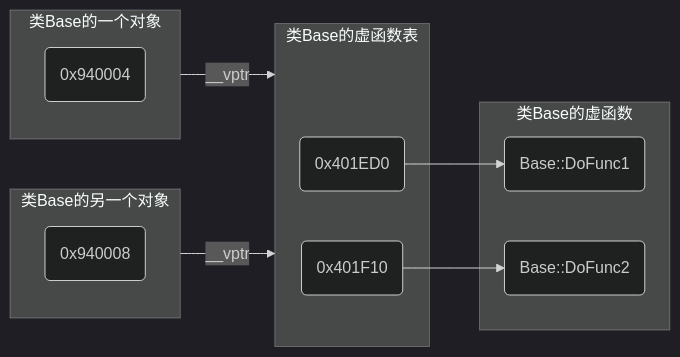
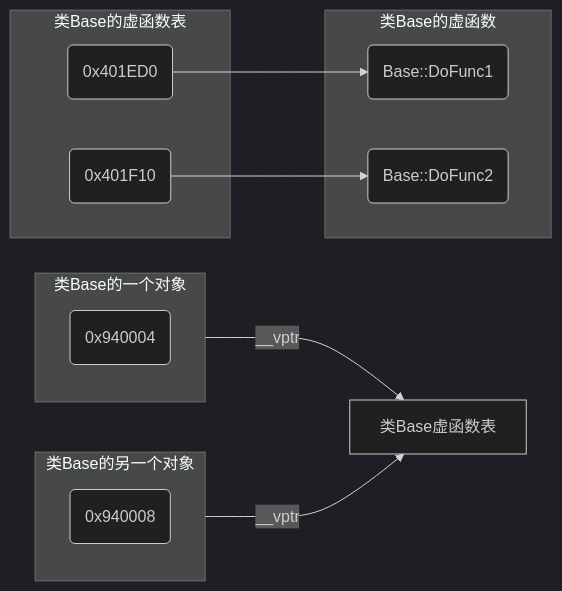
The second of 2 diagrams in _posts/Language/C&C++/C++/OOP/多态/2024-09-10-虚函数.md (dmjcb/dmjcb.github.io), drawn with Mermaid (dark theme) before and after one commit. The commit also changed other lines of this file and 74 other files, not shown here.

````diff
--- a/_posts/Language/C&C++/C++/OOP/多态/2024-09-10-虚函数.md
+++ b/_posts/Language/C&C++/C++/OOP/多态/2024-09-10-虚函数.md
@@ -103,26 +103,26 @@
 ```mermaid
 graph LR
     subgraph 类Base的一个对象
         E(0x940004)   
     end
 
     subgraph 类Base的另一个对象
         F(0x940008)   
     end
 
     subgraph 类Base的虚函数
         A(Base::DoFunc1) 
         B(Base::DoFunc2)
     end
 
     subgraph 类Base的虚函数表
         C(0x401ED0)
         D(0x401F10)
 
         C-->A
         D-->B
     end
 
-    类Base的一个对象--__vptr-->类Base的虚函数表
-    类Base的另一个对象--__vptr-->类Base的虚函数表
+    类Base的一个对象--__vptr-->类Base虚函数表
+    类Base的另一个对象--__vptr-->类Base虚函数表
 ```
````
